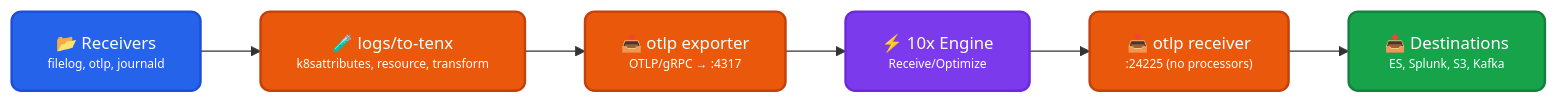
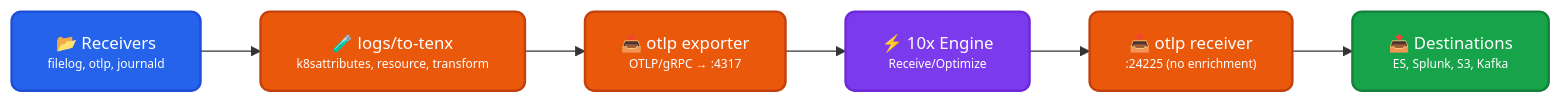
One commit to log-10x/modules changed the diagram in pipelines/run/modules/input/forwarder/otel-collector/doc.md. Above: the diagram before and after it, drawn with Mermaid. The commit also changed other lines of this file, not shown here.

````diff
--- a/pipelines/run/modules/input/forwarder/otel-collector/doc.md
+++ b/pipelines/run/modules/input/forwarder/otel-collector/doc.md
@@ -15,20 +15,20 @@
 ```mermaid
 graph LR
     A["<div style='font-size: 14px;'>📂 Receivers</div><div style='font-size: 10px;'>filelog, otlp, journald</div>"] --> F["<div style='font-size: 14px;'>🧪 logs/to-tenx</div><div style='font-size: 10px;'>k8sattributes, resource, transform</div>"]
     F --> B["<div style='font-size: 14px;'>📤 otlp exporter</div><div style='font-size: 10px;'>OTLP/gRPC → :4317</div>"]
     B --> E["<div style='font-size: 14px;'>⚡ 10x Engine</div><div style='font-size: 10px;'>Receive/Optimize</div>"]
-    E --> C["<div style='font-size: 14px;'>📥 otlp receiver</div><div style='font-size: 10px;'>:24225 (no processors)</div>"]
+    E --> C["<div style='font-size: 14px;'>📥 otlp receiver</div><div style='font-size: 10px;'>:24225 (no enrichment)</div>"]
     C --> D["<div style='font-size: 14px;'>📤 Destinations</div><div style='font-size: 10px;'>ES, Splunk, S3, Kafka</div>"]
 
     classDef input fill:#2563eb,stroke:#1d4ed8,color:#ffffff,stroke-width:2px,rx:8,ry:8
     classDef filter fill:#ea580c,stroke:#c2410c,color:#ffffff,stroke-width:2px,rx:8,ry:8
     classDef engine fill:#7c3aed,stroke:#6d28d9,color:#ffffff,stroke-width:2px,rx:8,ry:8
     classDef output fill:#16a34a,stroke:#15803d,color:#ffffff,stroke-width:2px,rx:8,ry:8
 
     class A input
     class B filter
     class C filter
     class D output
     class E engine
     class F filter
 ```
````
